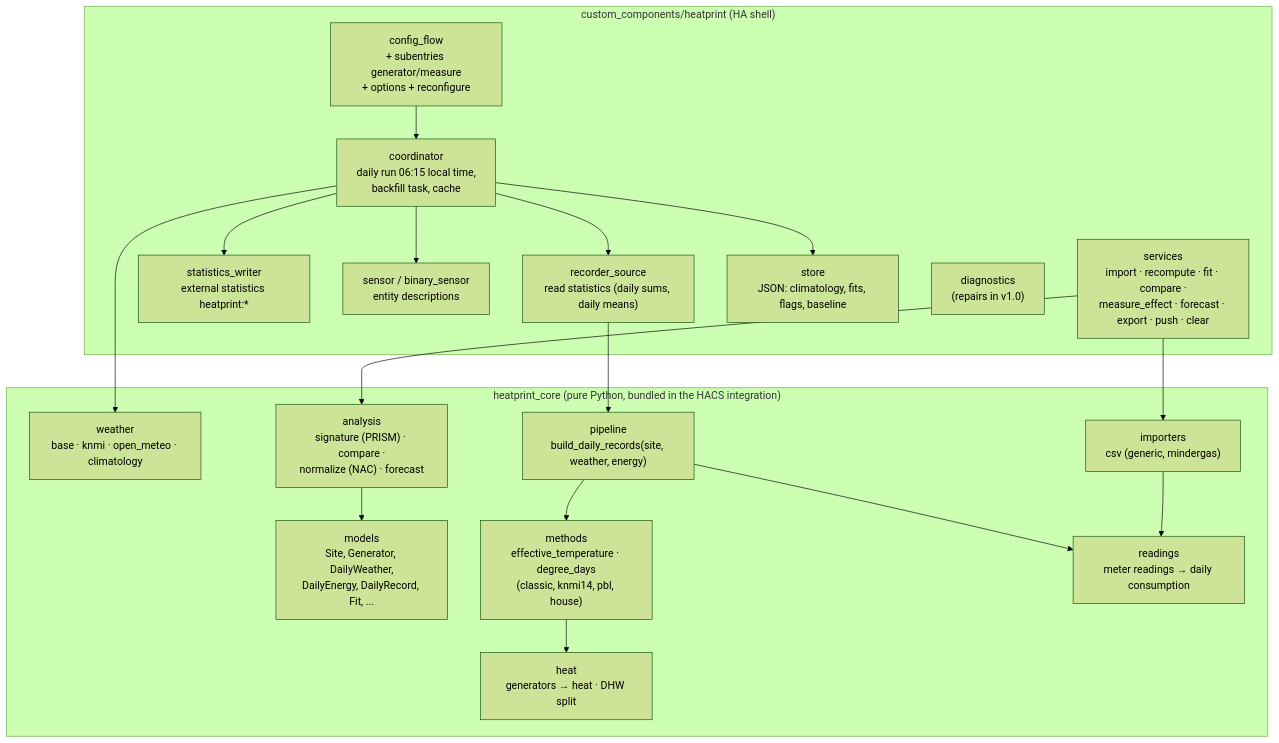
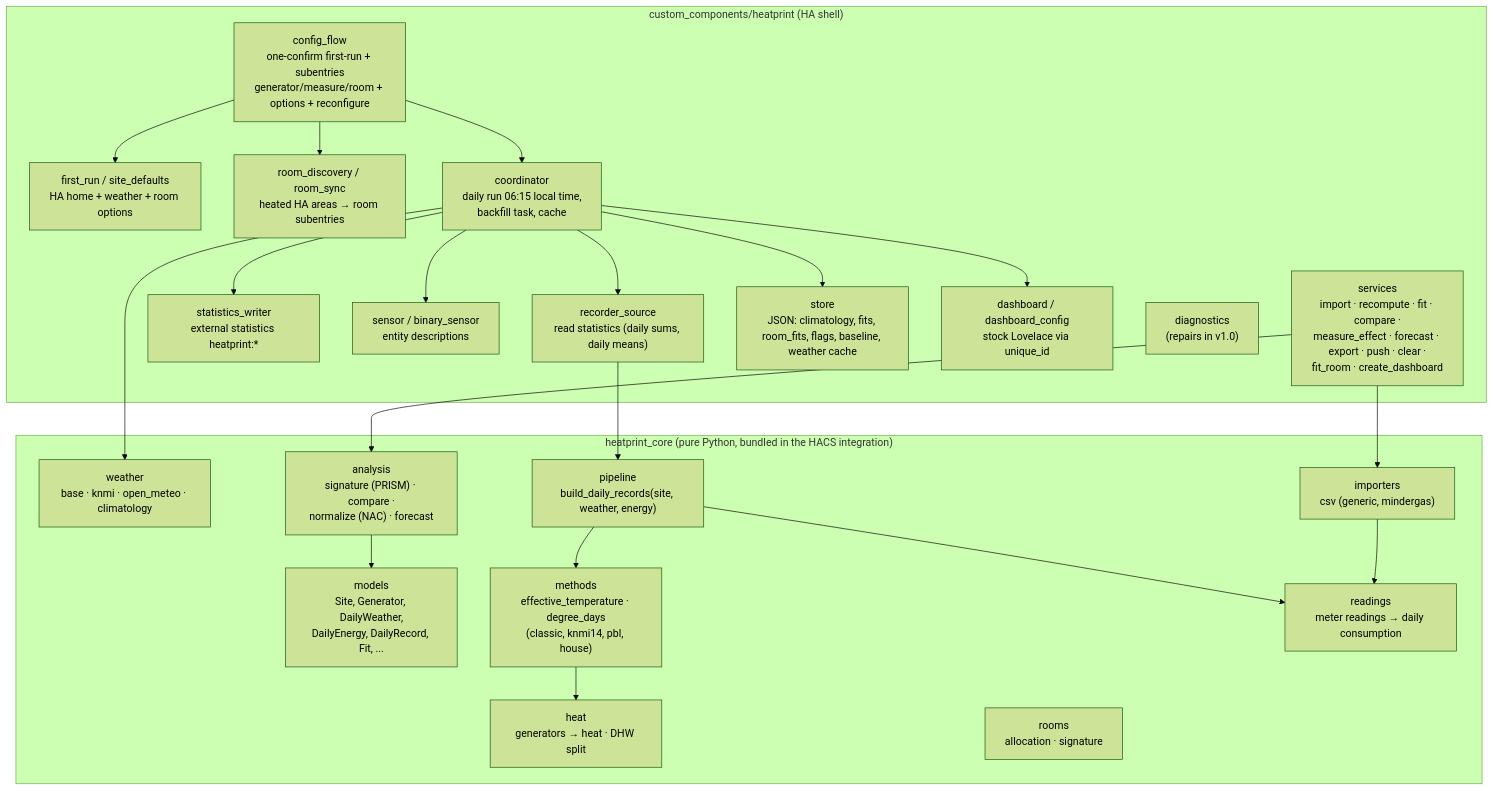
The second of 3 diagrams in docs/ARCHITECTURE.md (nicohabets/heatprint), drawn with Mermaid (forest theme) before and after one commit. The commit also changed other lines of this file and 10 other files, not shown here.

First line of the commit message:
docs: align architecture docs with shipped v0.2.1 first-run

````diff
--- a/docs/ARCHITECTURE.md
+++ b/docs/ARCHITECTURE.md
@@ -53,36 +53,43 @@
 ```mermaid
 flowchart TB
     subgraph core["heatprint_core (pure Python, bundled in the HACS integration)"]
         M["models<br/>Site, Generator, DailyWeather,<br/>DailyEnergy, DailyRecord, Fit, ..."]
         W["weather<br/>base · knmi · open_meteo · climatology"]
         E["methods<br/>effective_temperature · degree_days<br/>(classic, knmi14, pbl, house)"]
         H["heat<br/>generators → heat · DHW split"]
         R["readings<br/>meter readings → daily consumption"]
         A["analysis<br/>signature (PRISM) · compare ·<br/>normalize (NAC) · forecast"]
         I["importers<br/>csv (generic, mindergas)"]
         P["pipeline<br/>build_daily_records(site, weather, energy)"]
+        RM["rooms<br/>allocation · signature"]
     end
 
     subgraph ha["custom_components/heatprint (HA shell)"]
-        CF["config_flow<br/>+ subentries generator/measure<br/>+ options + reconfigure"]
+        CF["config_flow<br/>one-confirm first-run + subentries<br/>generator/measure/room + options + reconfigure"]
+        FR["first_run / site_defaults<br/>HA home + weather + room options"]
+        RD["room_discovery / room_sync<br/>heated HA areas → room subentries"]
         CO["coordinator<br/>daily run 06:15 local time,<br/>backfill task, cache"]
         RS["recorder_source<br/>read statistics (daily sums, daily means)"]
         ST["statistics_writer<br/>external statistics heatprint:*"]
         SE["sensor / binary_sensor<br/>entity descriptions"]
-        SV["services<br/>import · recompute · fit · compare ·<br/>measure_effect · forecast · export · push · clear"]
-        SR["store<br/>JSON: climatology, fits, flags, baseline"]
+        SV["services<br/>import · recompute · fit · compare ·<br/>measure_effect · forecast · export · push · clear ·<br/>fit_room · create_dashboard"]
+        SR["store<br/>JSON: climatology, fits, room_fits, flags, baseline, weather cache"]
+        DB["dashboard / dashboard_config<br/>stock Lovelace via unique_id"]
         DG["diagnostics<br/>(repairs in v1.0)"]
     end
 
+    CF --> FR
+    CF --> RD
     CF --> CO
     CO --> RS --> P
     CO --> W
     P --> E --> H
     P --> R
     CO --> ST
     CO --> SE
+    CO --> DB
     SV --> A
     SV --> I --> R
     CO --> SR
     A --> M
 ```
````
